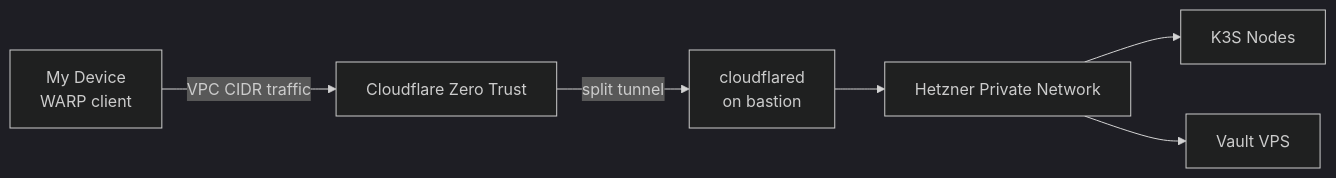
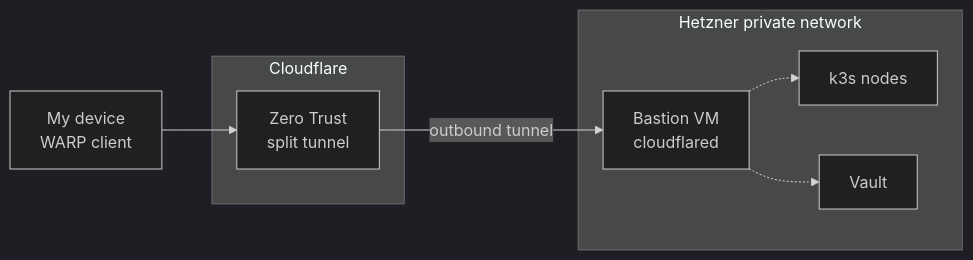
One commit to kbntx-org/nexus changed the second of 2 diagrams in docs/src/platform/networking/01-overview.md. Above: the diagram before and after it, drawn with Mermaid. The commit also changed other lines of this file and 15 other files, not shown here.

````diff
--- a/docs/src/platform/networking/01-overview.md
+++ b/docs/src/platform/networking/01-overview.md
@@ -43,9 +96,20 @@
 ```mermaid
 %%{init: {'theme':'dark'}}%%
 graph LR
-    Device[My Device<br/>WARP client] -->|VPC CIDR traffic| ZT[Cloudflare Zero Trust]
-    ZT -->|split tunnel| BastionTunnel[cloudflared<br/>on bastion]
-    BastionTunnel --> VPC[Hetzner Private Network]
-    VPC --> Cluster[K3S Nodes]
-    VPC --> Vault[Vault VPS]
+    Device[My device<br/>WARP client]
+
+    subgraph CF[Cloudflare]
+        ZT[Zero Trust<br/>split tunnel]
+    end
+
+    subgraph VPC[Hetzner private network]
+        Bastion[Bastion VM<br/>cloudflared]
+        Cluster[k3s nodes]
+        Vault
+    end
+
+    Device --> ZT
+    ZT -->|outbound tunnel| Bastion
+    Bastion -.-> Cluster
+    Bastion -.-> Vault
 ```
````
